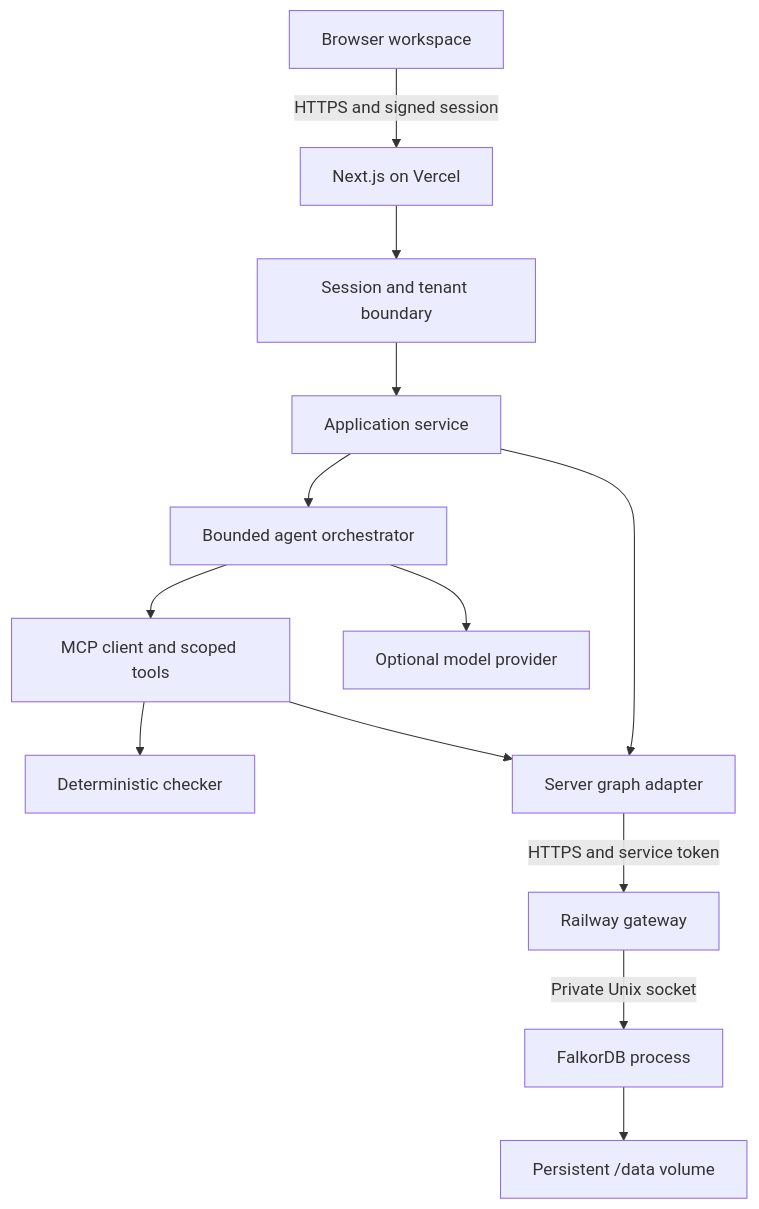
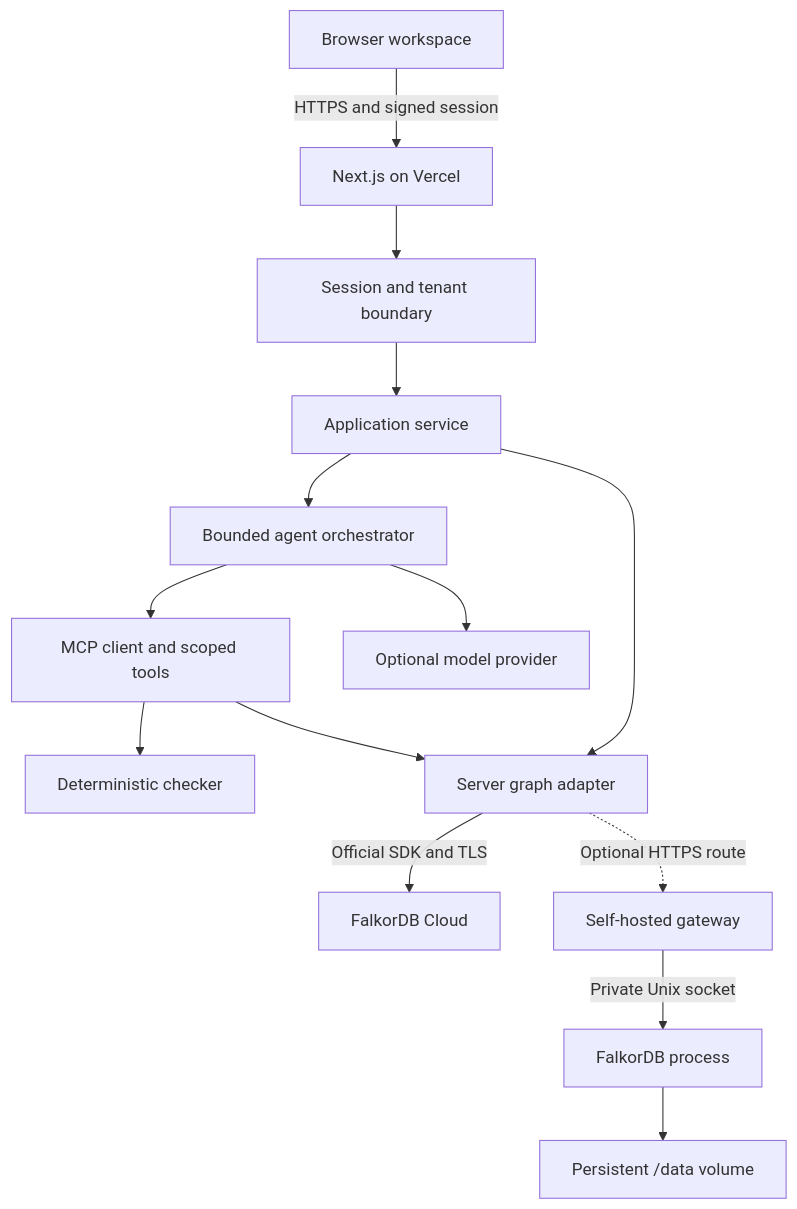
The first of 3 diagrams in docs/ARCHITECTURE.md (ayushmanthehero-lab/Parallax), drawn with Mermaid before and after one commit. The commit also changed other lines of this file and 20 other files, not shown here.

Commit message:
Complete local Docker setup, preserve graph provenance, and add demo documentation

````diff
--- a/docs/ARCHITECTURE.md
+++ b/docs/ARCHITECTURE.md
@@ -31,15 +35,16 @@
 ```mermaid
 flowchart TD
   B[Browser workspace] -->|HTTPS and signed session| N[Next.js on Vercel]
   N --> S[Session and tenant boundary]
   S --> A[Application service]
   A --> O[Bounded agent orchestrator]
   O --> M[MCP client and scoped tools]
   M --> C[Deterministic checker]
   M --> G[Server graph adapter]
   A --> G
   O --> L[Optional model provider]
-  G -->|HTTPS and service token| H[Railway gateway]
+  G -->|Official SDK and TLS| FC[FalkorDB Cloud]
+  G -.->|Optional HTTPS route| H[Self-hosted gateway]
   H -->|Private Unix socket| F[FalkorDB process]
   F --> D[Persistent /data volume]
 ```
````
